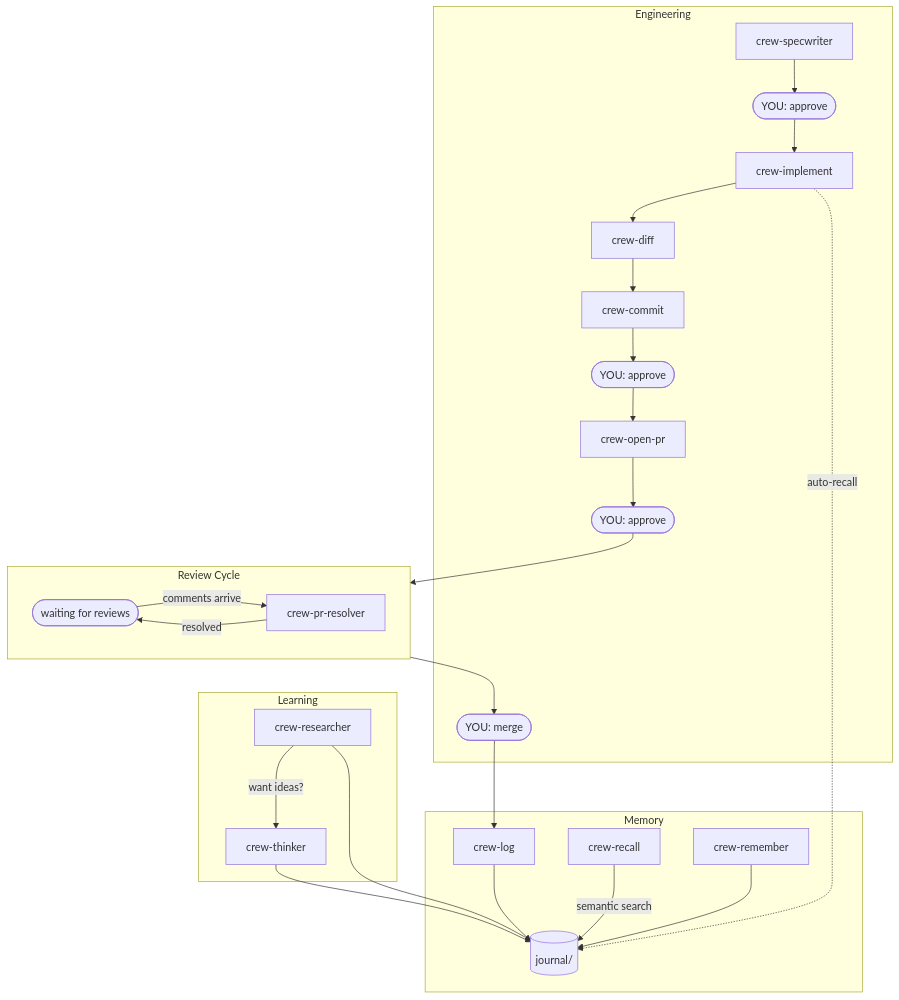
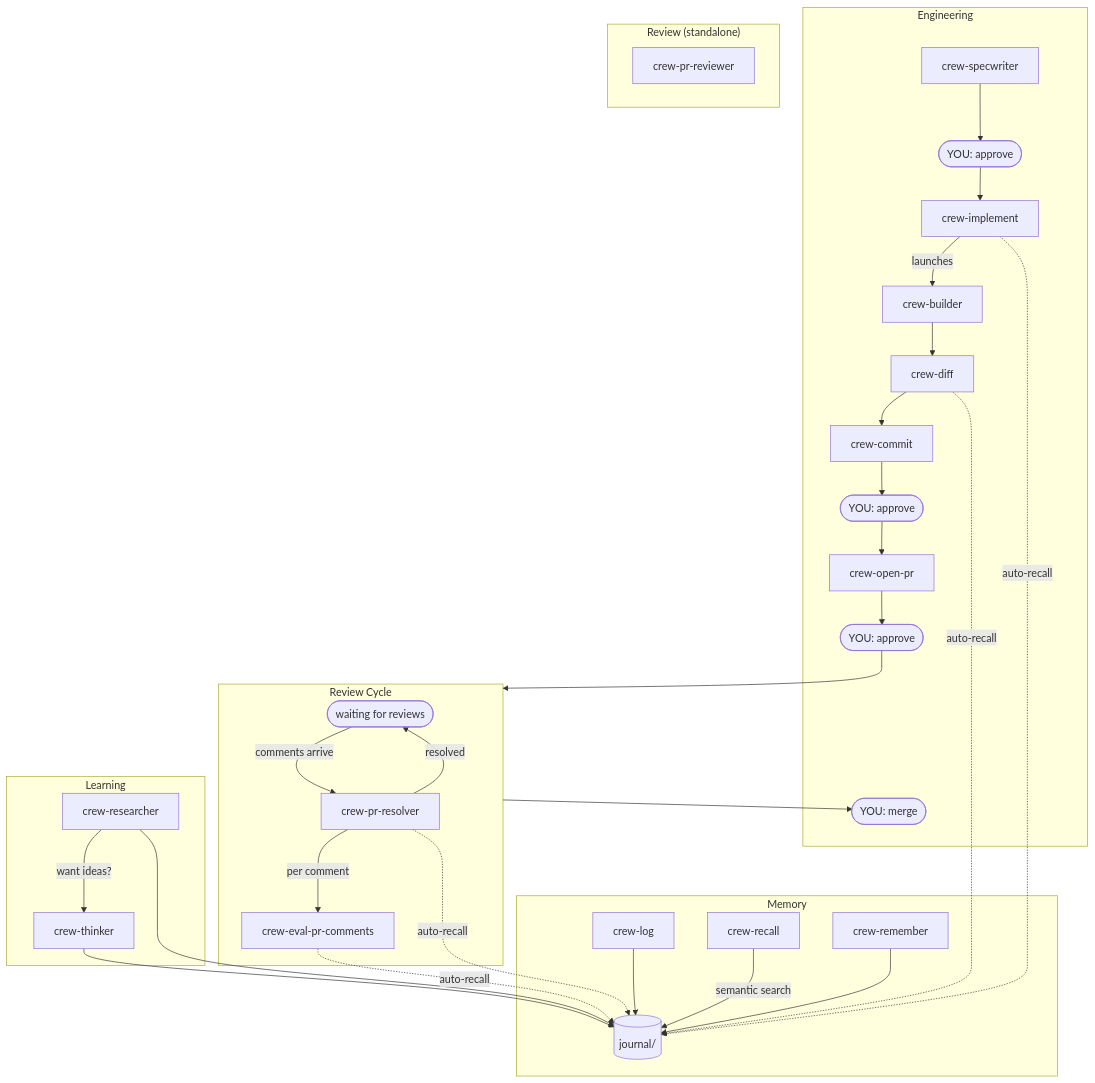
Before and after one commit to crespocarlos/el-capitan: the diagram in README.md, drawn with Mermaid.

Commit message:
docs(readme): add missing crew members and auto-recall arrows to diagram
Made-with: Cursor

````diff
--- a/README.md
+++ b/README.md
@@ -51,46 +51,57 @@
 ```mermaid
 flowchart TD
     subgraph engineering ["Engineering"]
         spec["crew-specwriter"]
         approve(["YOU: approve"])
         implement["crew-implement"]
+        builder["crew-builder"]
+        implement -->|"launches"| builder
         diff["crew-diff"]
         commit["crew-commit"]
         approveCommit(["YOU: approve"])
         openpr["crew-open-pr"]
         approvePR(["YOU: approve"])
         merge(["YOU: merge"])
     end
 
     subgraph reviewCycle ["Review Cycle"]
         waiting(["waiting for reviews"])
         resolver["crew-pr-resolver"]
+        eval["crew-eval-pr-comments"]
         waiting -->|"comments arrive"| resolver
+        resolver -->|"per comment"| eval
         resolver -->|"resolved"| waiting
+    end
+
+    subgraph review ["Review (standalone)"]
+        prreview["crew-pr-reviewer"]
     end
 
     subgraph learning ["Learning"]
         researcher["crew-researcher"]
         thinker["crew-thinker"]
         researcher -->|"want ideas?"| thinker
     end
 
     subgraph memory ["Memory"]
         log["crew-log"]
         recall["crew-recall"]
         remember["crew-remember"]
         journalFiles[("journal/")]
     end
 
-    spec --> approve --> implement --> diff --> commit
+    spec --> approve --> implement
+    builder --> diff --> commit
     commit --> approveCommit --> openpr
     openpr --> approvePR --> reviewCycle --> merge
 
-    merge --> log
     log --> journalFiles
     researcher --> journalFiles
     thinker --> journalFiles
     recall -->|"semantic search"| journalFiles
     remember --> journalFiles
     implement -.->|"auto-recall"| journalFiles
+    diff -.->|"auto-recall"| journalFiles
+    resolver -.->|"auto-recall"| journalFiles
+    eval -.->|"auto-recall"| journalFiles
 ```
````
